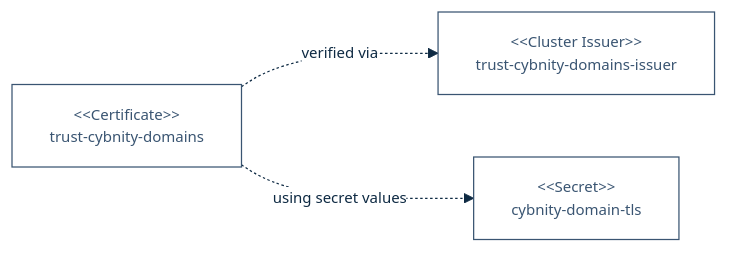
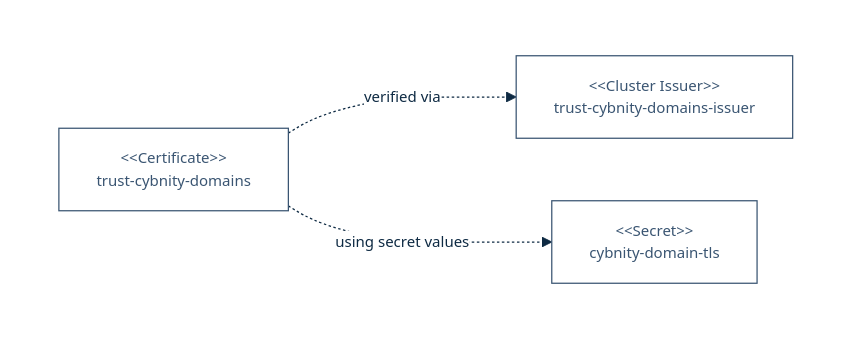
One commit to cybnity/foundation changed the diagram in implementations-line/systems/technical-infrastructure/CYDEL01-cybsup01.md. Above: the diagram before and after it, drawn with Mermaid.

````diff
--- a/implementations-line/systems/technical-infrastructure/CYDEL01-cybsup01.md
+++ b/implementations-line/systems/technical-infrastructure/CYDEL01-cybsup01.md
@@ -418,49 +418,50 @@
       ```mermaid
       %%{
         init: {
           'theme': 'base',
           'themeVariables': {
               'background': '#ffffff',
               'fontFamily': 'arial',
               'fontSize': '12px',
               'primaryColor': '#fff',
               'primaryTextColor': '#0e2a43',
               'primaryBorderColor': '#0e2a43',
               'secondaryColor': '#fff',
               'secondaryTextColor': '#fff',
               'secondaryBorderColor': '#fff',
               'tertiaryColor': '#fff',
               'tertiaryTextColor': '#fff',
               'tertiaryBorderColor': '#fff',
               'lineColor': '#0e2a43',
               'titleColor': '#fff',
               'textColor': '#fff',
               'lineColor': '#0e2a43',
               'nodeTextColor': '#fff',
               'nodeBorder': '#0e2a43',
               'noteTextColor': '#fff',
               'noteBorderColor': '#fff'
           },
           'flowchart': { 'curve': 'monotoneY' }
         }
       }%%
       graph LR
-        clusterIssuer1["#60;#60;Cluster Issuer#62;#62; \n trust-cybnity-domains-issuer"]
-        certificate1["#60;#60;Certificate#62;#62; \n trust-cybnity-domains"]
-        secret1["#60;#60;Secret#62;#62; \n cybnity-domain-tls"]
-
+        subgraph cluster["Dev-Env Cluster"]
+          direction LR
+          clusterIssuer1["#60;#60;Cluster Issuer#62;#62; \n trust-cybnity-domains-issuer"]
+          certificate1["#60;#60;Certificate#62;#62; \n trust-cybnity-domains"]
+          secret1["#60;#60;Secret#62;#62; \n cybnity-domain-tls"]
+        end
         certificate1 -. "verified via" .-> clusterIssuer1
         certificate1 -. "using secret values" .-> secret1
 
         classDef mediumfill fill:#3a5572, stroke:#3a5572, color:#fff
 
         classDef red fill:#e5302a, stroke:#e5302a, color:#fff, stroke-width:3px
         classDef medium fill:#fff, stroke:#3a5572, color:#3a5572
         classDef mediumdot fill:#fff, stroke:#3a5572, color:#3a5572, stroke-dasharray: 5 5
         classDef reddot fill:#fff, stroke:#e5302a, color:#e5302a, stroke-dasharray: 5 5, stroke-width:3px
         classDef dark fill:#0e2a43, stroke:#fff, color:#fff
         classDef internalconfig fill:#0e2a43, stroke:#fff, color:#fff
 
         class clusterIssuer1,certificate1,secret1 medium;
-
       ```
````
